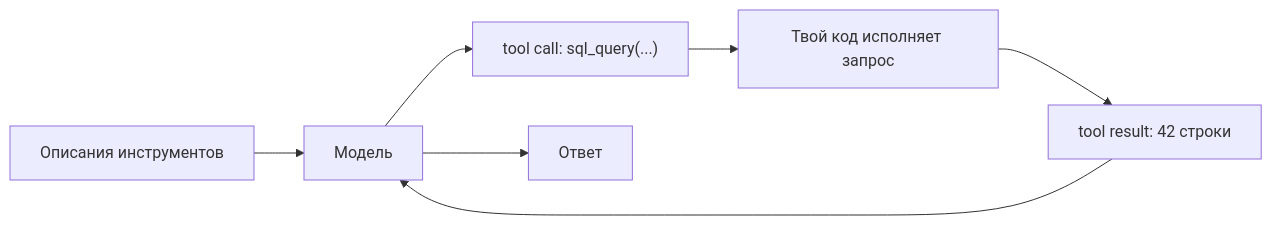
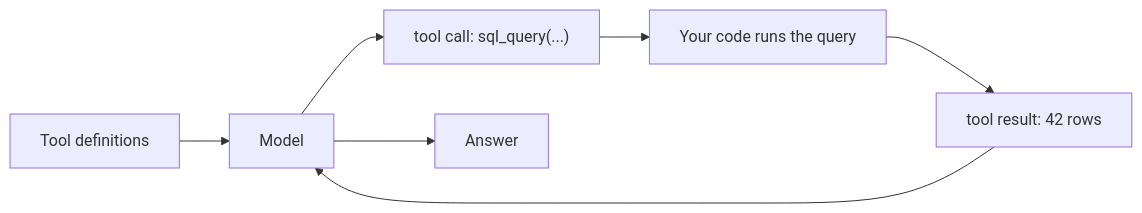
The diagram in docs/part-2-agents/tool-use.md (NikolaiSachok/enterprise-rag-agents-handbook), drawn with Mermaid before and after one commit. The commit also changed other lines of this file and 100 other files, not shown here.

````diff
--- a/docs/part-2-agents/tool-use.md
+++ b/docs/part-2-agents/tool-use.md
@@ -52,9 +52,9 @@
 ```mermaid
 flowchart LR
-    Defs["Описания инструментов"] --> M["Модель"]
+    Defs["Tool definitions"] --> M["Model"]
     M --> TC["tool call: sql_query(...)"]
-    TC --> X["Твой код исполняет запрос"]
-    X --> TR["tool result: 42 строки"]
+    TC --> X["Your code runs the query"]
+    X --> TR["tool result: 42 rows"]
     TR --> M
-    M --> Ans["Ответ"]
+    M --> Ans["Answer"]
 ```
````
